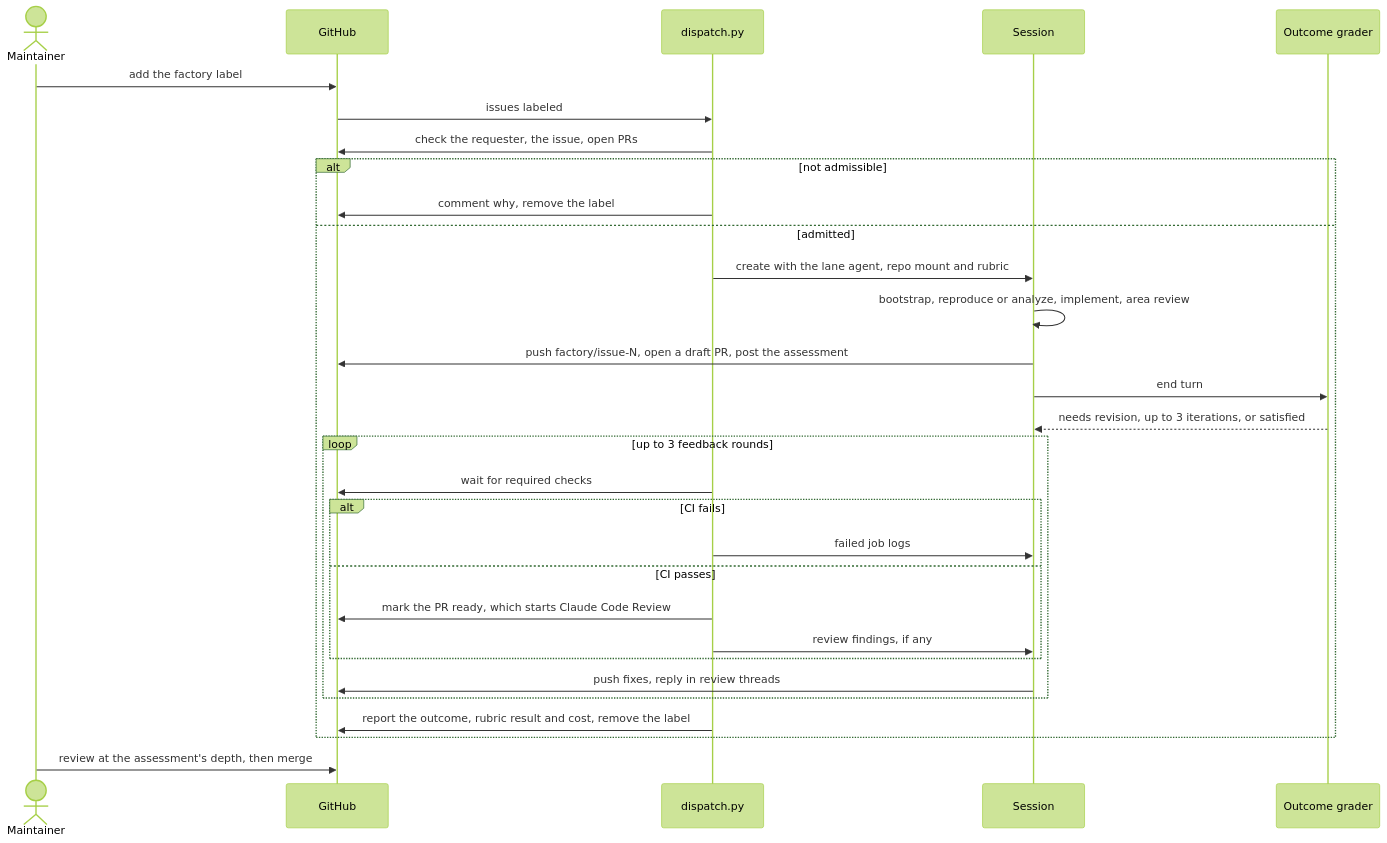
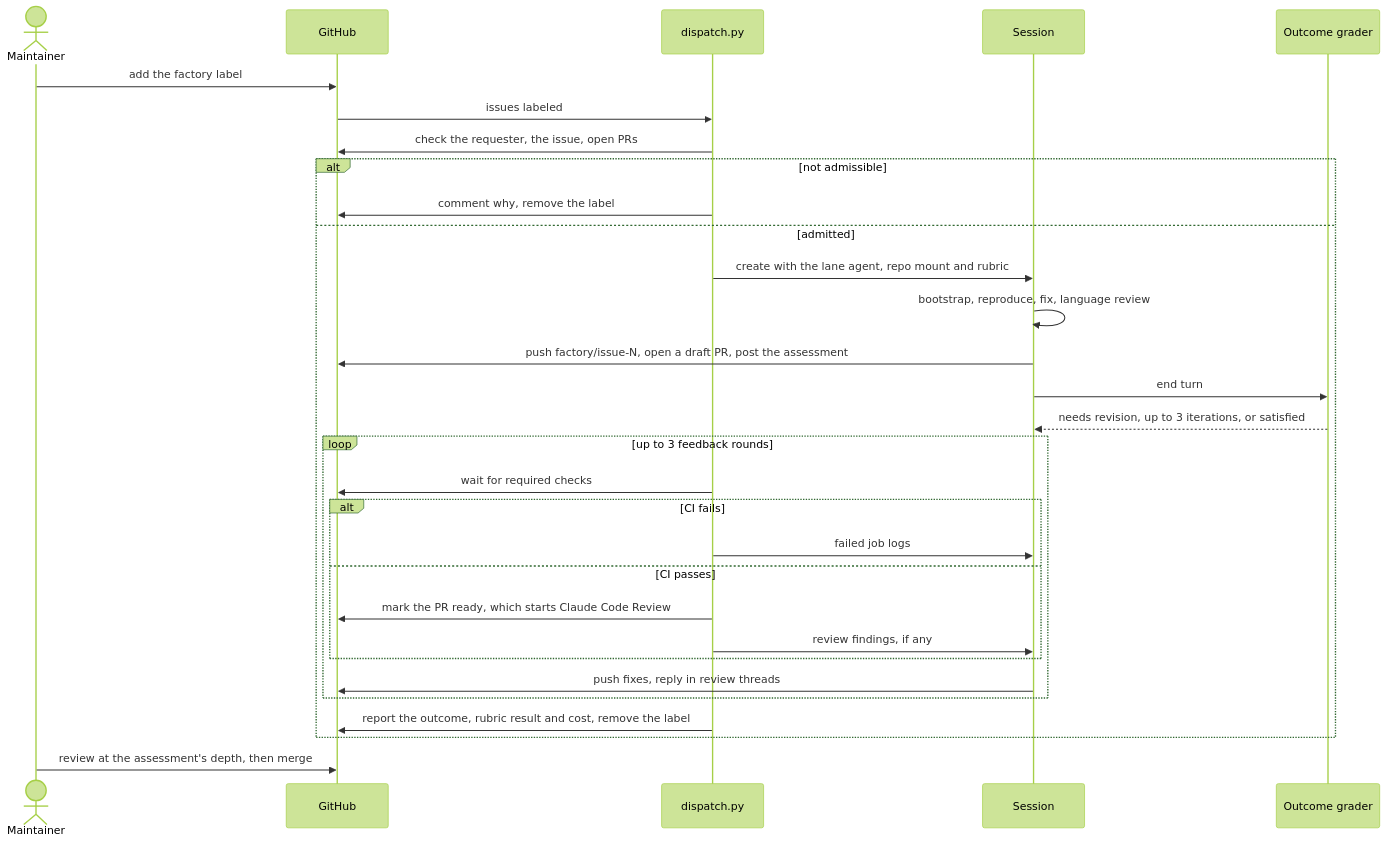
One commit to Arize-ai/openinference changed the second of 2 diagrams in factory/README.md. Above: the diagram before and after it, drawn with Mermaid (forest theme). The commit also changed other lines of this file and 14 other files, not shown here.

````diff
--- a/factory/README.md
+++ b/factory/README.md
@@ -54,33 +52,33 @@
 ```mermaid
 sequenceDiagram
   actor maintainer as Maintainer
   participant github as GitHub
   participant dispatch as dispatch.py
   participant session as Session
   participant grader as Outcome grader
 
   maintainer->>github: add the factory label
   github->>dispatch: issues labeled
   dispatch->>github: check the requester, the issue, open PRs
   alt not admissible
     dispatch->>github: comment why, remove the label
   else admitted
     dispatch->>session: create with the lane agent, repo mount and rubric
-    session->>session: bootstrap, reproduce or analyze, implement, area review
+    session->>session: bootstrap, reproduce, fix, language review
     session->>github: push factory/issue-N, open a draft PR, post the assessment
     session->>grader: end turn
     grader-->>session: needs revision, up to 3 iterations, or satisfied
     loop up to 3 feedback rounds
       dispatch->>github: wait for required checks
       alt CI fails
         dispatch->>session: failed job logs
       else CI passes
         dispatch->>github: mark the PR ready, which starts Claude Code Review
         dispatch->>session: review findings, if any
       end
       session->>github: push fixes, reply in review threads
     end
     dispatch->>github: report the outcome, rubric result and cost, remove the label
   end
   maintainer->>github: review at the assessment's depth, then merge
 ```
````
